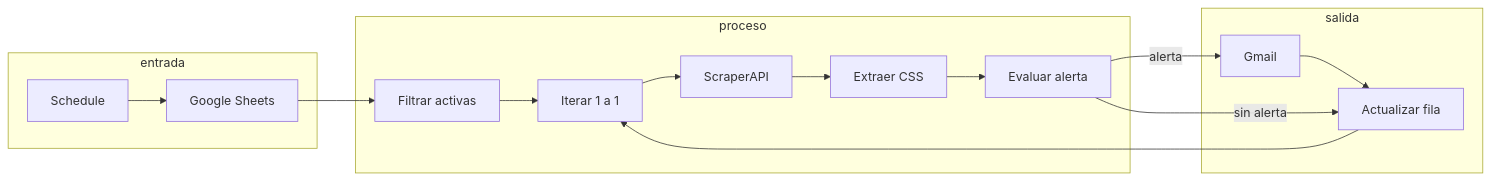
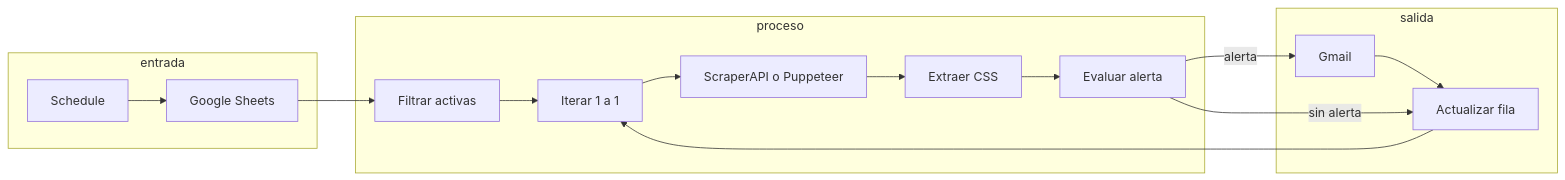
The first of 6 diagrams in documentacion-monitor-web-scraping.md (gracobjo/n8n), drawn with Mermaid before and after one commit. The commit also changed other lines of this file and 1 other file, not shown here.

First line of the commit message:
docs: document local Puppeteer setup and node option pitfalls

````diff
--- a/documentacion-monitor-web-scraping.md
+++ b/documentacion-monitor-web-scraping.md
@@ -21,22 +21,22 @@
 ```mermaid
 flowchart LR
   subgraph entrada
     S[Schedule]
     H[Google Sheets]
   end
   subgraph proceso
     F[Filtrar activas]
     I[Iterar 1 a 1]
-    A[ScraperAPI]
+    A[ScraperAPI o Puppeteer]
     E[Extraer CSS]
     V[Evaluar alerta]
   end
   subgraph salida
     G[Gmail]
     U[Actualizar fila]
   end
   S --> H --> F --> I --> A --> E --> V
   V -->|alerta| G --> U
   V -->|sin alerta| U
   U --> I
 ```
````
